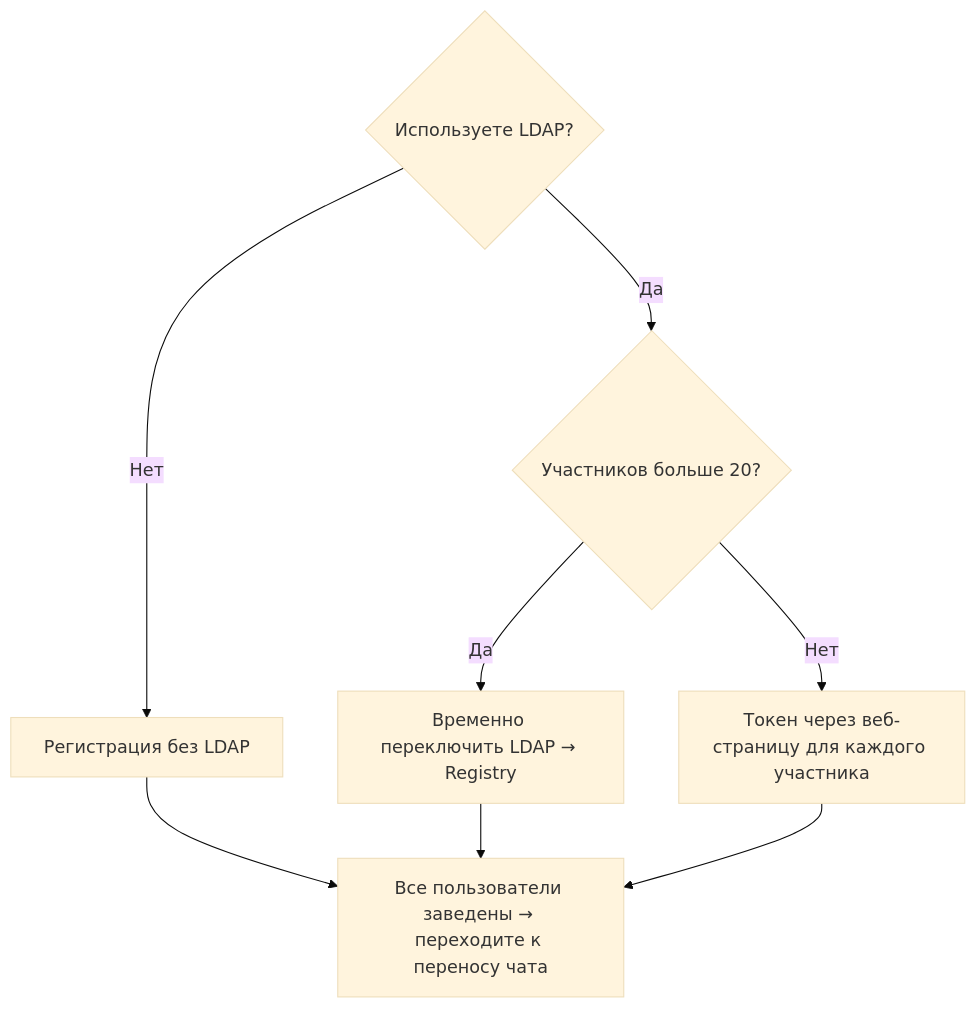
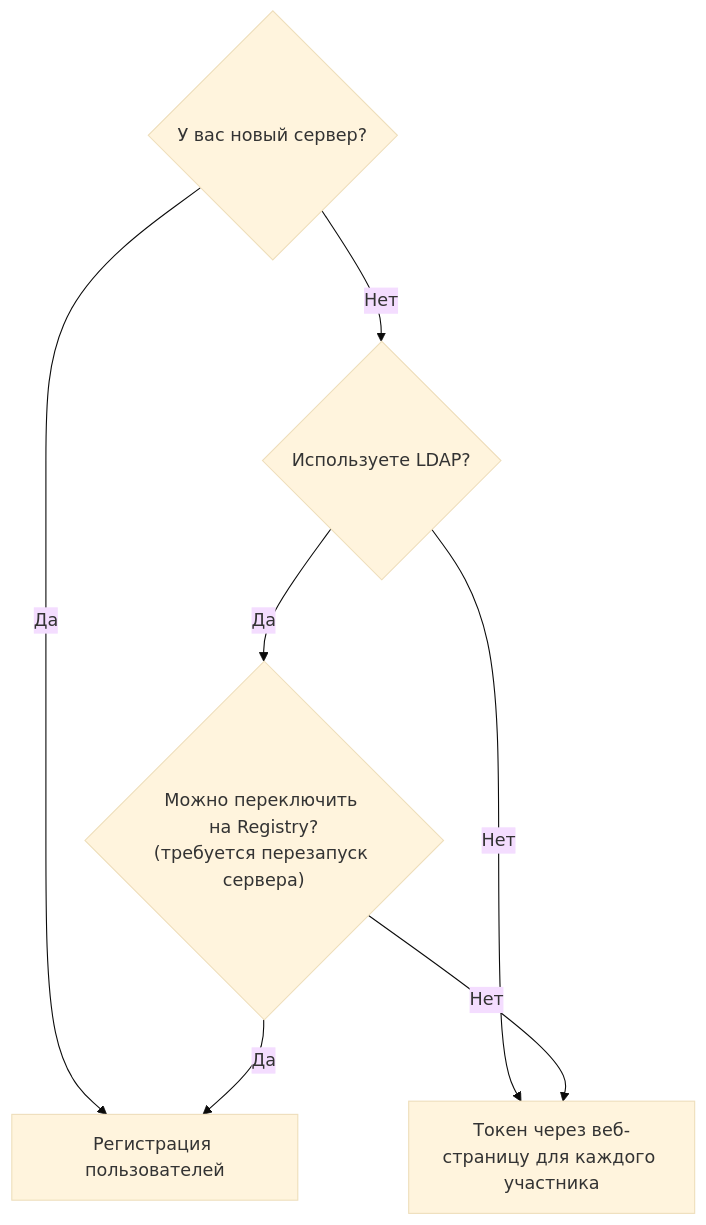
Before and after one commit to TrueConf/telegram-trueconf-migration: the diagram in README-ru.md, drawn with Mermaid (base theme). The commit also changed other lines of this file, not shown here.

````diff
--- a/README-ru.md
+++ b/README-ru.md
@@ -269,10 +269,9 @@
 ```mermaid
 flowchart TD
-    A{Используете LDAP?} -->|Нет| B[Регистрация без LDAP]
-    A -->|Да| C{Участников больше 20?}
-    C -->|Да| D[Временно переключить LDAP → Registry]
+    A{У вас новый сервер?} -->|Да| B[Регистрация пользователей]
+    A -->|Нет| C{Используете LDAP?}
     C -->|Нет| E[Токен через веб-страницу для каждого участника]
-    B --> F[Все пользователи заведены → переходите к переносу чата]
-    D --> F
-    E --> F
+    C -->|Да| D{"Можно переключить на Registry?<br/>(требуется перезапуск сервера)"}
+    D -->|Да| B
+    D -->|Нет| E
 ```
````
